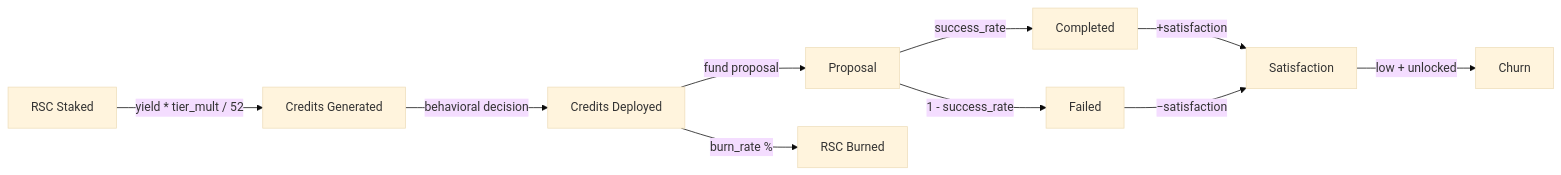
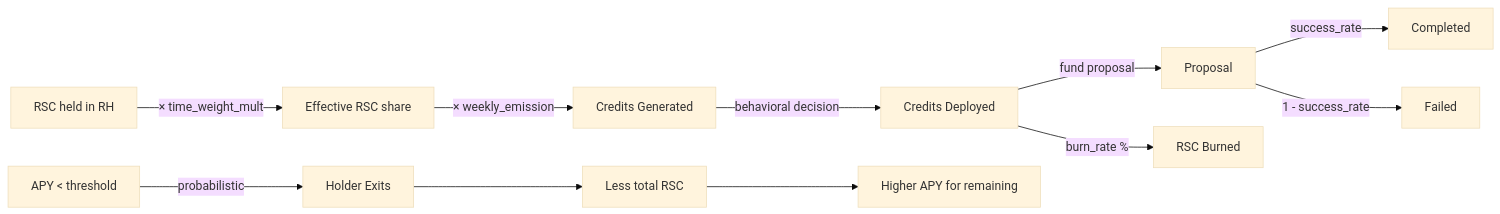
Before and after one commit to rsthornton/rsc-endowment-abm: diagram 13 of 13 in ARCHITECTURE.md, drawn with Mermaid (base theme). The commit also changed other lines of this file and 13 other files, not shown here.

````diff
--- a/ARCHITECTURE.md
+++ b/ARCHITECTURE.md
@@ -228,12 +299,13 @@
 ```mermaid
 graph LR
-    STAKE[RSC Staked] -->|yield * tier_mult / 52| CREDITS[Credits Generated]
+    RSC[RSC held in RH] -->|× time_weight_mult| EFF[Effective RSC share]
+    EFF -->|× weekly_emission| CREDITS[Credits Generated]
     CREDITS -->|behavioral decision| DEPLOY[Credits Deployed]
     DEPLOY -->|fund proposal| PROP[Proposal]
     DEPLOY -->|burn_rate %| BURN[RSC Burned]
     PROP -->|success_rate| COMPLETE[Completed]
     PROP -->|1 - success_rate| FAIL[Failed]
-    COMPLETE -->|+satisfaction| SAT[Satisfaction]
-    FAIL -->|−satisfaction| SAT
-    SAT -->|low + unlocked| CHURN[Churn]
+    APY[APY < threshold] -->|probabilistic| EXIT[Holder Exits]
+    EXIT --> LESSPILE[Less total RSC]
+    LESSPILE --> HIGHERAPY[Higher APY for remaining]
 ```
````
